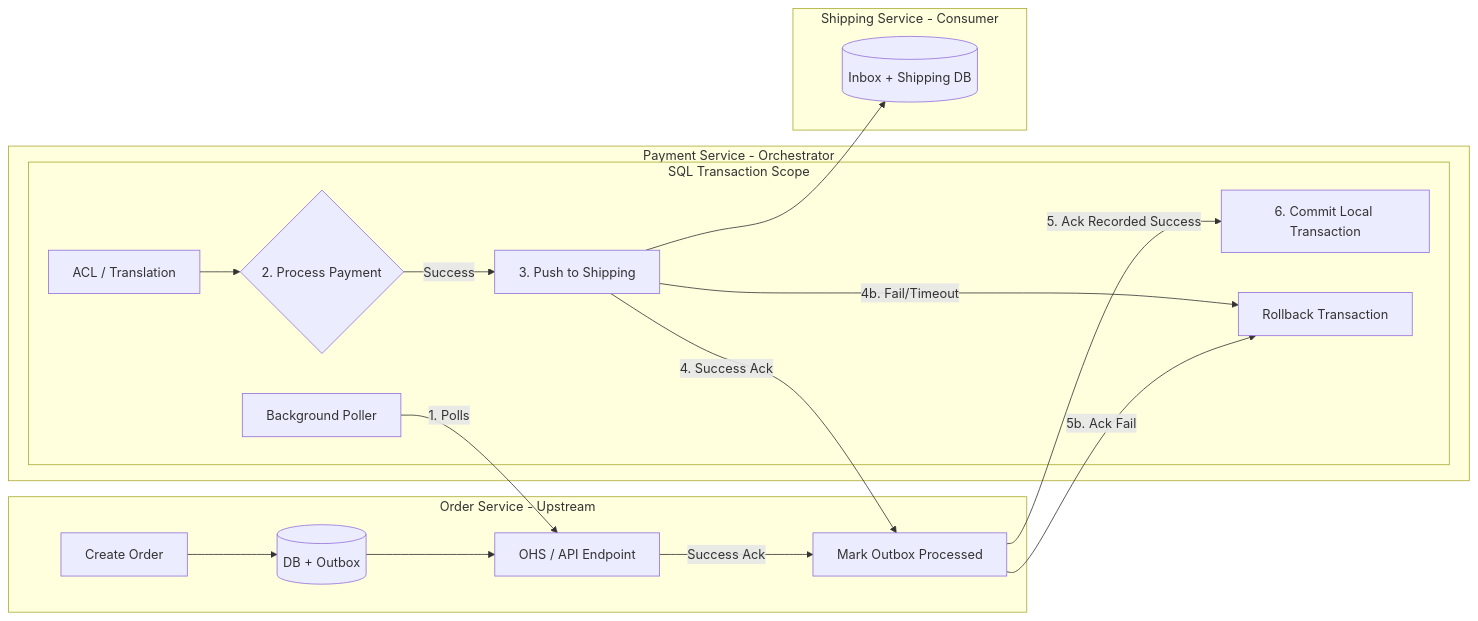
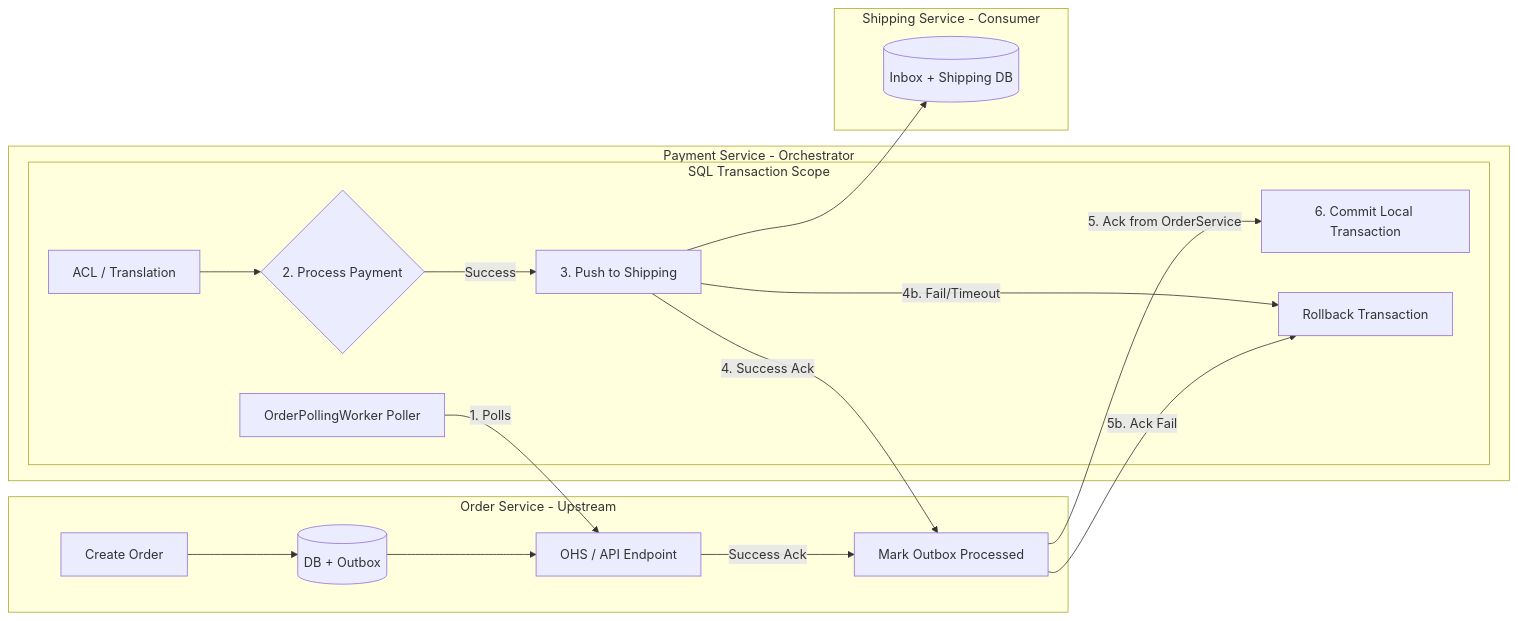
The diagram in FulfillmentSystem/ReadMe.md (saritakumar-dev/My-DDD-Portfolio), drawn with Mermaid before and after one commit.

````diff
--- a/FulfillmentSystem/ReadMe.md
+++ b/FulfillmentSystem/ReadMe.md
@@ -23,28 +23,28 @@
 ```mermaid
 graph LR
     subgraph OrderService [Order Service - Upstream]
         A[Create Order] --> B[(DB + Outbox)]
         B --> C[OHS / API Endpoint]
         C -- Success Ack --> L[Mark Outbox Processed]
     end
 
     subgraph PaymentService [Payment Service - Orchestrator]
         subgraph Transaction [SQL Transaction Scope]
-            D[Background Poller] -- 1. Polls --> C
+            D[OrderPollingWorker Poller] -- 1. Polls --> C
             E[ACL / Translation] --> F{2. Process Payment}
             F -- Success --> G[3. Push to Shipping]
             
             %% The Logic: Shipping -> OrderService -> Local Commit
             G -- 4. Success Ack --> L
-            L -- 5. Ack Recorded Success --> M[6. Commit Local Transaction]
+            L -- 5. Ack from OrderService --> M[6. Commit Local Transaction]
             
             %% The Fallback
             G -- 4b. Fail/Timeout --> H[Rollback Transaction]
             L -- 5b. Ack Fail --> H
         end
     end
 
     subgraph ShippingService [Shipping Service - Consumer]
         G --> I[(Inbox + Shipping DB)]
     end
 ```
````
